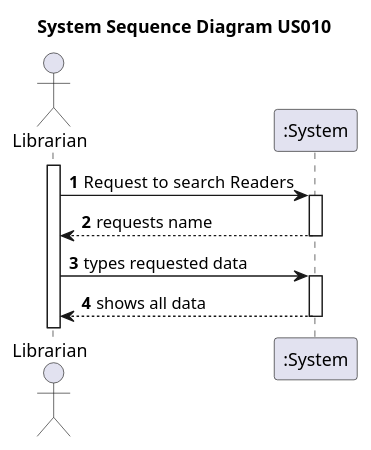
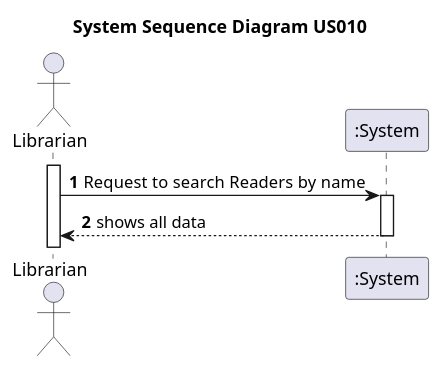
The diagram in docs/Phase_1/WP_3A/US014/US014-SSD.puml (GODinho211/psoft-project-G2), drawn with PlantUML before and after one commit. The commit also changed 4 other files, not shown here.

```diff
--- a/docs/Phase_1/WP_3A/US014/US014-SSD.puml
+++ b/docs/Phase_1/WP_3A/US014/US014-SSD.puml
@@ -1,19 +1,18 @@
 @startuml
 'https://plantuml.com/sequence-diagram
 
 title System Sequence Diagram US010
 
 autoactivate on
 autonumber
 
 actor "Librarian" as Administrator
 participant ":System" as System
 
 activate Administrator
 
-Administrator -> System: Request to  search Readers
-System --> Administrator: requests name
+Administrator -> System: Request to  search Readers by name
 
-Administrator -> System: types requested data
+
 System --> Administrator: shows all data
 @enduml
```
